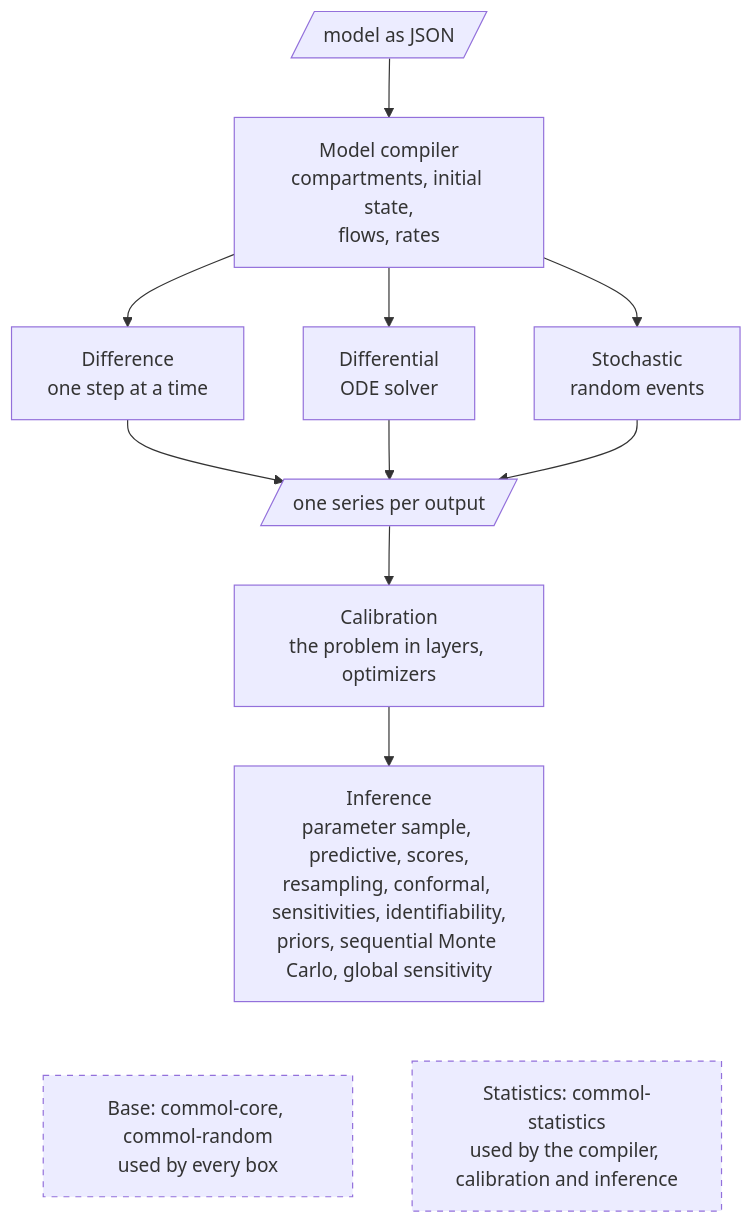
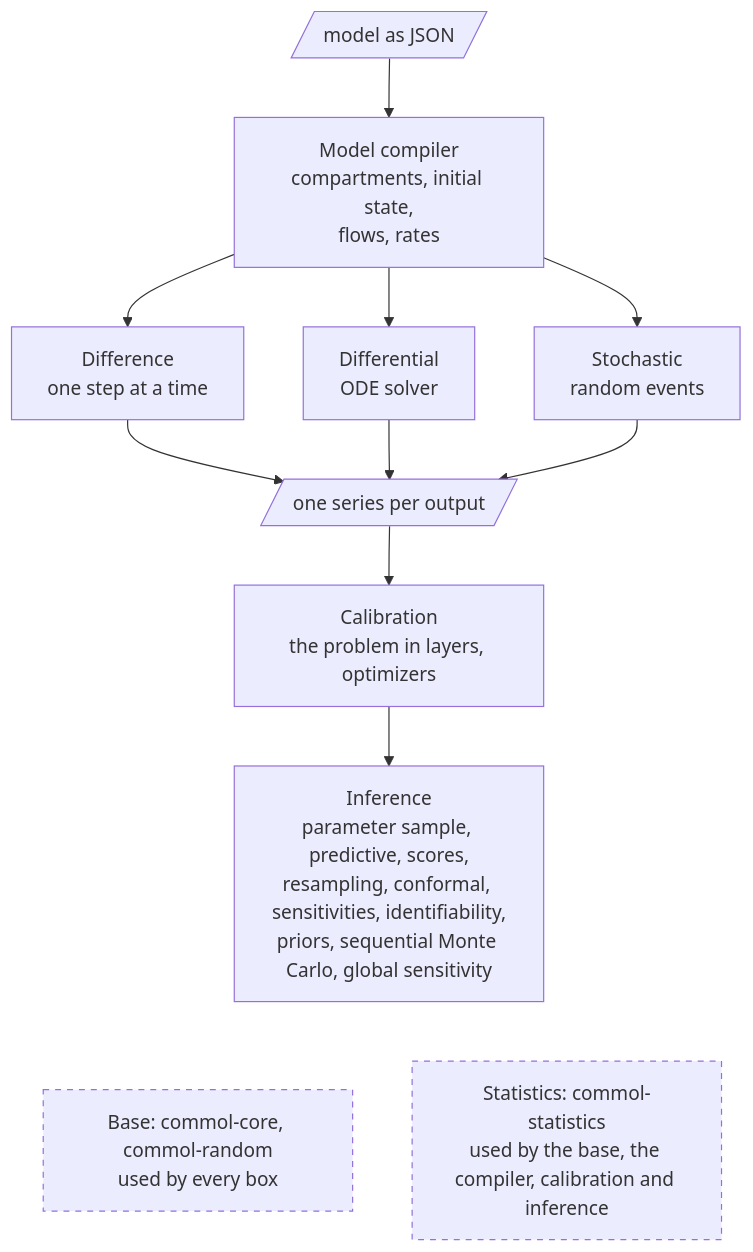
One commit to MUNQU/commol changed the second of 4 diagrams in docs/codebase/architecture.md. Above: the diagram before and after it, drawn with Mermaid. The commit also changed other lines of this file and 46 other files, not shown here.

````diff
--- a/docs/codebase/architecture.md
+++ b/docs/codebase/architecture.md
@@ -48,22 +48,22 @@
 ```mermaid
 flowchart TB
     J[/model as JSON/]
     M["Model compiler<br/>compartments, initial state,<br/>flows, rates"]
     E1["Difference<br/>one step at a time"]
     E2["Differential<br/>ODE solver"]
     E3["Stochastic<br/>random events"]
     O[/one series per output/]
     C["Calibration<br/>the problem in layers, optimizers"]
     I["Inference<br/>parameter sample, predictive, scores,<br/>resampling, conformal, sensitivities, identifiability,<br/>priors, sequential Monte Carlo, global sensitivity"]
     F["Base: commol-core, commol-random<br/>used by every box"]
-    G["Statistics: commol-statistics<br/>used by the compiler, calibration and inference"]
+    G["Statistics: commol-statistics<br/>used by the base, the compiler, calibration and inference"]
     J --> M
     M --> E1 & E2 & E3
     E1 & E2 & E3 --> O
     O --> C
     C --> I
     I ~~~ F
     I ~~~ G
     classDef base stroke-dasharray: 5 5
     class F,G base
 ```
````
